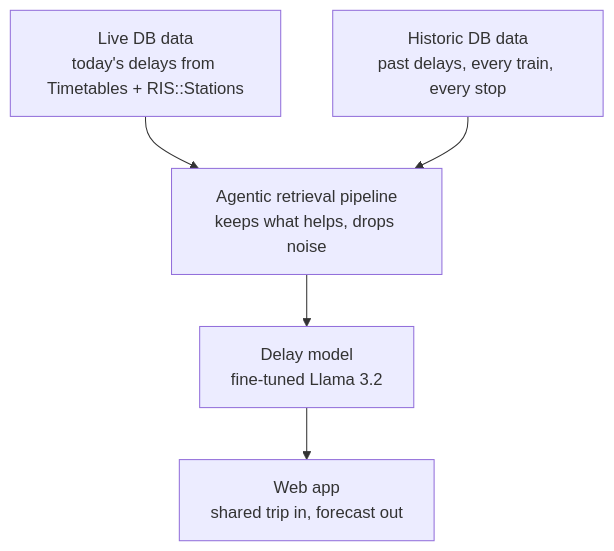
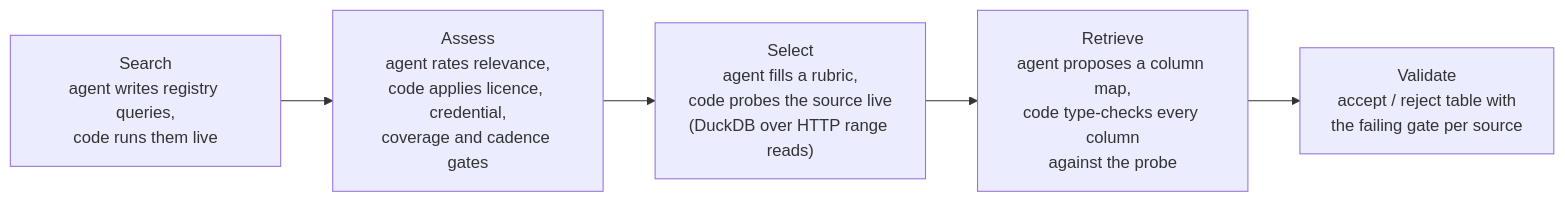
The third of 3 diagrams in README.md (KiraKami-dev/delayed_bahn), drawn with Mermaid before and after one commit. The commit also changed other lines of this file, not shown here.

First line of the commit message:
Rewrite the README as the submission: story, flow, architecture, models, numbers

````diff
--- a/README.md
+++ b/README.md
@@ -77,7 +198,7 @@
 ```mermaid
-graph TD
-  A["Live DB data<br/>today's delays from Timetables + RIS::Stations"] --> P["Agentic retrieval pipeline<br/>keeps what helps, drops noise"]
-  B["Historic DB data<br/>past delays, every train, every stop"] --> P
-  P --> C["Delay model<br/>fine-tuned Llama 3.2"]
-  C --> D["Web app<br/>shared trip in, forecast out"]
+flowchart LR
+  S["Search<br/>agent writes registry queries,<br/>code runs them live"] --> A["Assess<br/>agent rates relevance,<br/>code applies licence, credential,<br/>coverage and cadence gates"]
+  A --> P["Select<br/>agent fills a rubric,<br/>code probes the source live<br/>(DuckDB over HTTP range reads)"]
+  P --> M["Retrieve<br/>agent proposes a column map,<br/>code type-checks every column<br/>against the probe"]
+  M --> V["Validate<br/>accept / reject table with<br/>the failing gate per source"]
 ```
````
